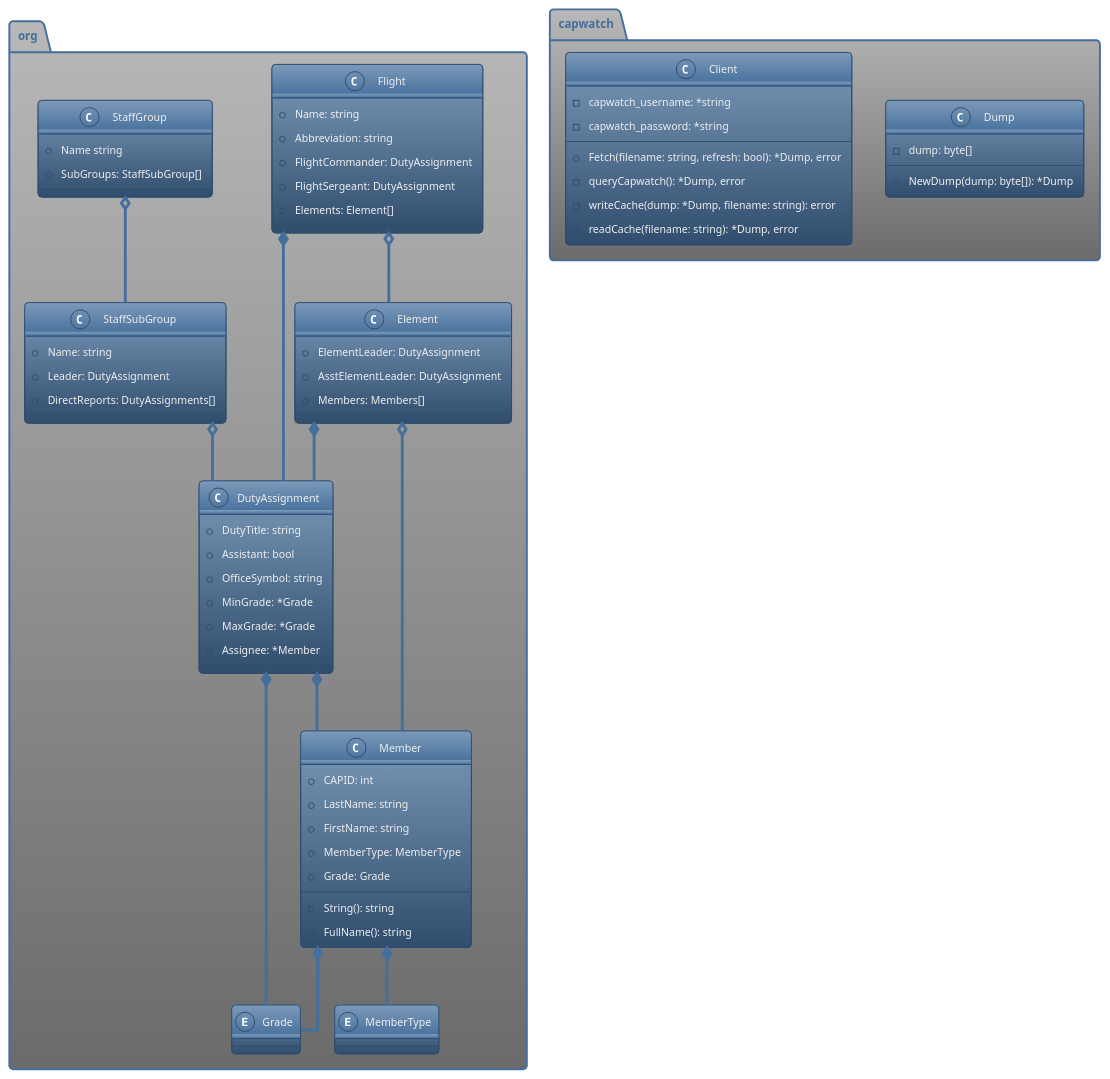
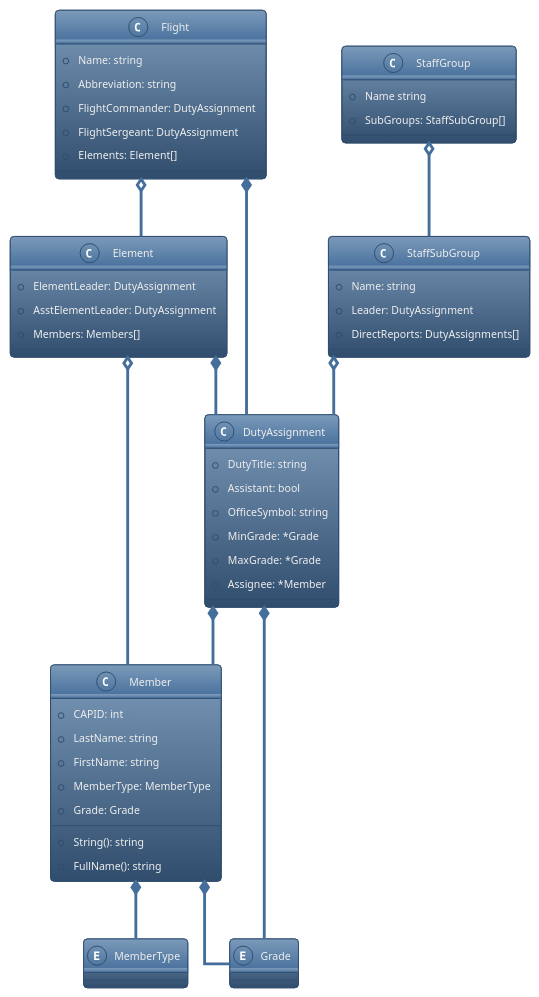
Before and after one commit to ut080/bcs-portal: the diagram in docs/diagrams/domain_model.puml, drawn with PlantUML. The commit also changed 66 other files, not shown here.

```diff
--- a/docs/diagrams/domain_model.puml
+++ b/docs/diagrams/domain_model.puml
@@ -1,112 +1,72 @@
 @startuml
 !theme spacelab
 skinparam linetype ortho
 
 /'
     Org Package
 
     This package is the core domain model.
 '/
-class org.DutyAssignment {
+class DutyAssignment {
     +DutyTitle: string
     +Assistant: bool
     +OfficeSymbol: string
     +MinGrade: *Grade
     +MaxGrade: *Grade
     +Assignee: *Member
 }
 
-class org.Element {
+class Element {
     +ElementLeader: DutyAssignment
     +AsstElementLeader: DutyAssignment
     +Members: Members[]
 }
 
-class org.Flight {
+class Flight {
     +Name: string
     +Abbreviation: string
     +FlightCommander: DutyAssignment
     +FlightSergeant: DutyAssignment
     +Elements: Element[]
 }
 
-class org.Member {
+class Member {
     +CAPID: int
     +LastName: string
     +FirstName: string
     +MemberType: MemberType
     +Grade: Grade
     +String(): string
     +FullName(): string
 }
 
-class org.StaffGroup {
+class StaffGroup {
     +Name string
     +SubGroups: StaffSubGroup[]
 }
 
-class org.StaffSubGroup {
+class StaffSubGroup {
     +Name: string
     +Leader: DutyAssignment
     +DirectReports: DutyAssignments[]
 }
 
-enum org.Grade
-enum org.MemberType
+enum Grade
+enum MemberType
 
-org.DutyAssignment *-- org.Grade
-org.DutyAssignment *-- org.Member
+DutyAssignment *-- Grade
+DutyAssignment *-- Member
 
-org.Element *-- org.DutyAssignment
-org.Element o-- org.Member
+Element *-- DutyAssignment
+Element o-- Member
 
-org.Flight *-- org.DutyAssignment
-org.Flight o-- org.Element
+Flight *-- DutyAssignment
+Flight o-- Element
 
-org.Member *-- org.MemberType
-org.Member *-- org.Grade
+Member *-- MemberType
+Member *-- Grade
 
-org.StaffGroup o-- org.StaffSubGroup
-org.StaffSubGroup o-- org.DutyAssignment
-
-/'
-    CAPWATCH Package
-
-    This package is for retrieving and extracting data from CAPWATCH dumps.
-'/
-class capwatch.Dump {
-    -dump: byte[]
-    +NewDump(dump: byte[]): *Dump
-}
-
-class capwatch.Client {
-    -capwatch_username: *string
-    -capwatch_password: *string
-    +Fetch(filename: string, refresh: bool): *Dump, error
-    -queryCapwatch(): *Dump, error
-    -writeCache(dump: *Dump, filename: string): error
-    -readCache(filename: string): *Dump, error
-}
-
-/'
-    YAML Package
-
-    This package is for processing additional information contained in YAML
-    documents (e.g. element assignments or staff groupings for the attendance logs).
-'/
-
-/'
-    XLSX Package
-
-    This package is for reading information from/writing information to the official
-    flight lists document.
-'/
-
-/'
-    LaTeX Package
-
-    This package is for generating documents from domain data, e.g. barcode attendance logs
-    or domain charts.
-'/
+StaffGroup o-- StaffSubGroup
+StaffSubGroup o-- DutyAssignment
 
 @enduml
```
